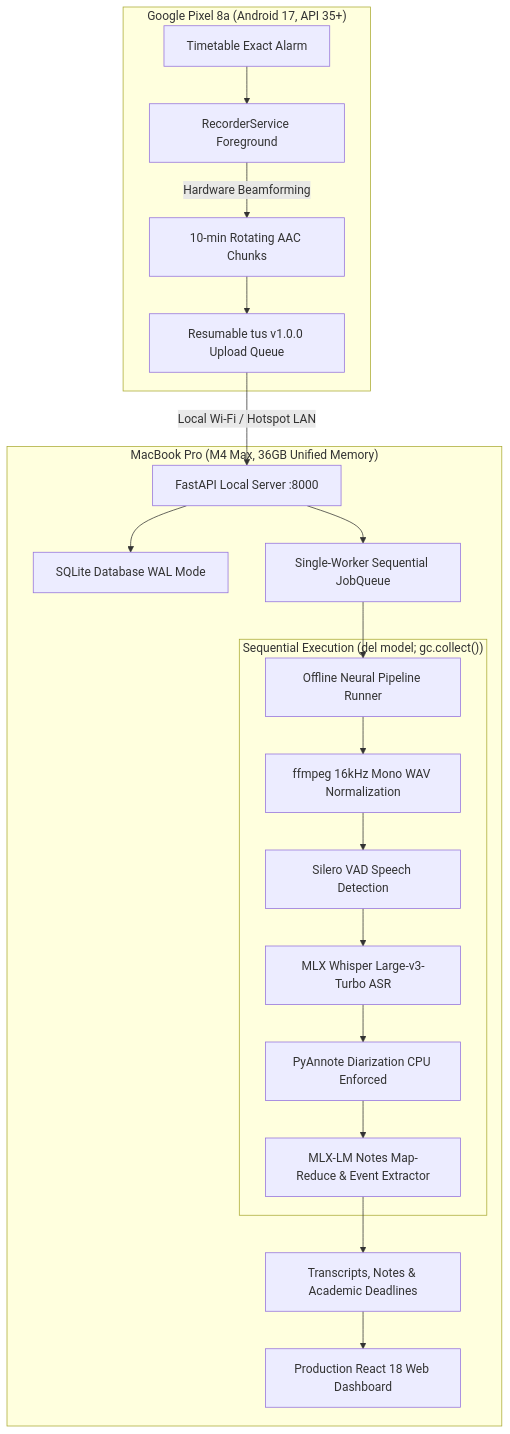
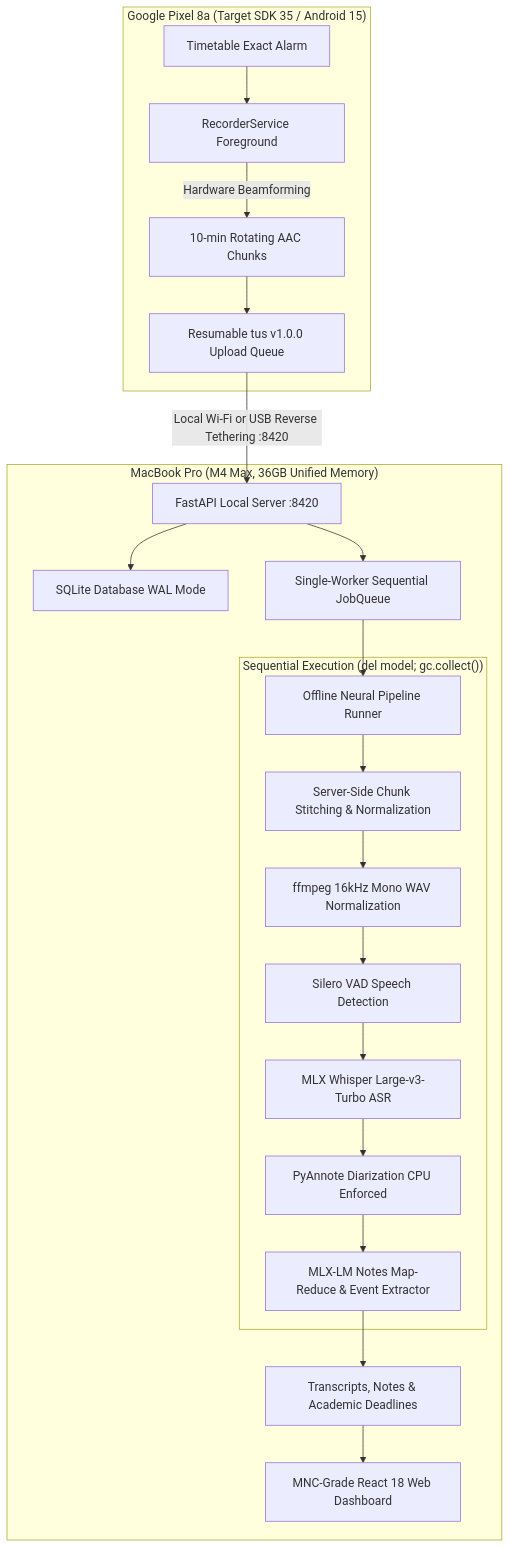
The diagram in README.md (Naavalanarul/Lecture_Whisper), drawn with Mermaid before and after one commit. The commit also changed other lines of this file and 40 other files, not shown here.

````diff
--- a/README.md
+++ b/README.md
@@ -39,27 +48,28 @@
 ```mermaid
 flowchart TD
-    subgraph Mobile ["Google Pixel 8a (Android 17, API 35+)"]
+    subgraph Mobile ["Google Pixel 8a (Target SDK 35 / Android 15)"]
         A[Timetable Exact Alarm] --> B[RecorderService Foreground]
         B -->|Hardware Beamforming| C[10-min Rotating AAC Chunks]
         C --> D[Resumable tus v1.0.0 Upload Queue]
     end
 
-    D -->|Local Wi-Fi / Hotspot LAN| E[FastAPI Local Server :8000]
+    D -->|Local Wi-Fi or USB Reverse Tethering :8420| E[FastAPI Local Server :8420]
 
     subgraph Host ["MacBook Pro (M4 Max, 36GB Unified Memory)"]
         E --> F[SQLite Database WAL Mode]
         E --> G[Single-Worker Sequential JobQueue]
         G --> H[Offline Neural Pipeline Runner]
 
         subgraph Pipeline ["Sequential Execution (del model; gc.collect())"]
-            H --> P1[ffmpeg 16kHz Mono WAV Normalization]
+            H --> P0[Server-Side Chunk Stitching & Normalization]
+            P0 --> P1[ffmpeg 16kHz Mono WAV Normalization]
             P1 --> P2[Silero VAD Speech Detection]
             P2 --> P3[MLX Whisper Large-v3-Turbo ASR]
             P3 --> P4[PyAnnote Diarization CPU Enforced]
             P4 --> P5[MLX-LM Notes Map-Reduce & Event Extractor]
         end
 
         P5 --> I[Transcripts, Notes & Academic Deadlines]
-        I --> J[Production React 18 Web Dashboard]
+        I --> J[MNC-Grade React 18 Web Dashboard]
     end
 ```
````
